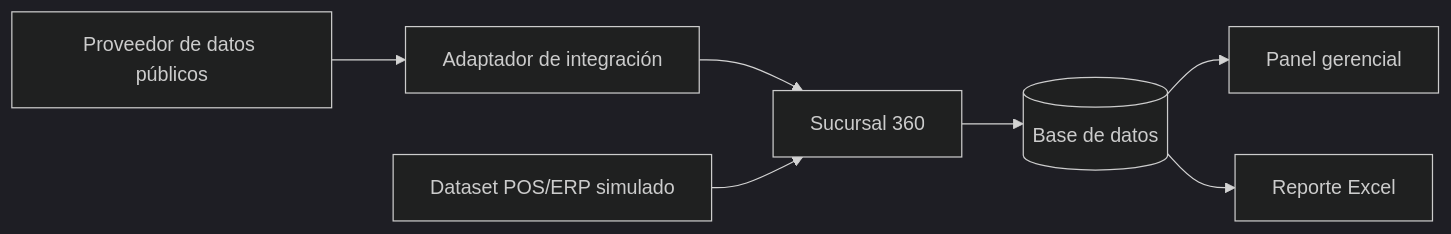
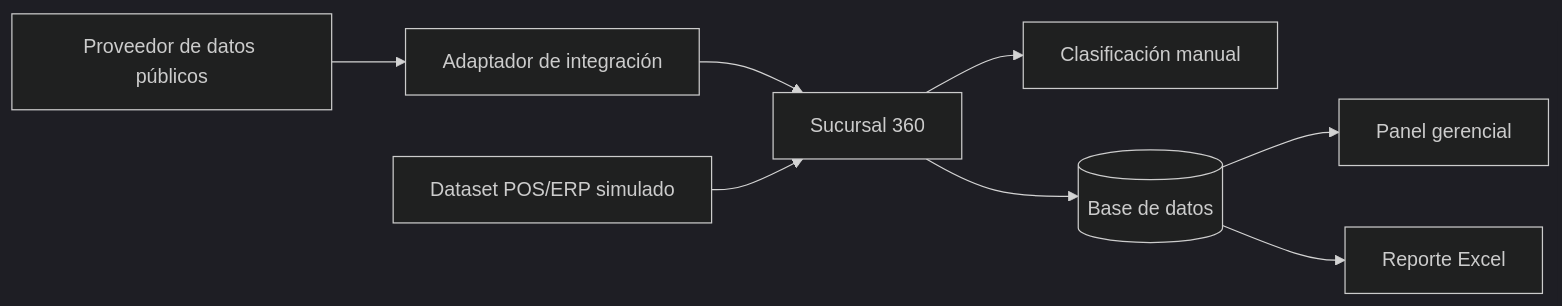
The diagram in docs/05-integraciones-kpi-datos.md (JamesBolanos/sucursal360), drawn with Mermaid (dark theme) before and after one commit. The commit also changed other lines of this file and 20 other files, not shown here.

````diff
--- a/docs/05-integraciones-kpi-datos.md
+++ b/docs/05-integraciones-kpi-datos.md
@@ -17,9 +17,10 @@
 ```mermaid
 flowchart LR
     Publica[Proveedor de datos públicos] --> Adaptador[Adaptador de integración]
     Adaptador --> App[Sucursal 360]
     CSV[Dataset POS/ERP simulado] --> App
+    App --> Categoria[Clasificación manual]
     App --> BD[(Base de datos)]
     BD --> Panel[Panel gerencial]
     BD --> Excel[Reporte Excel]
 ```
````
